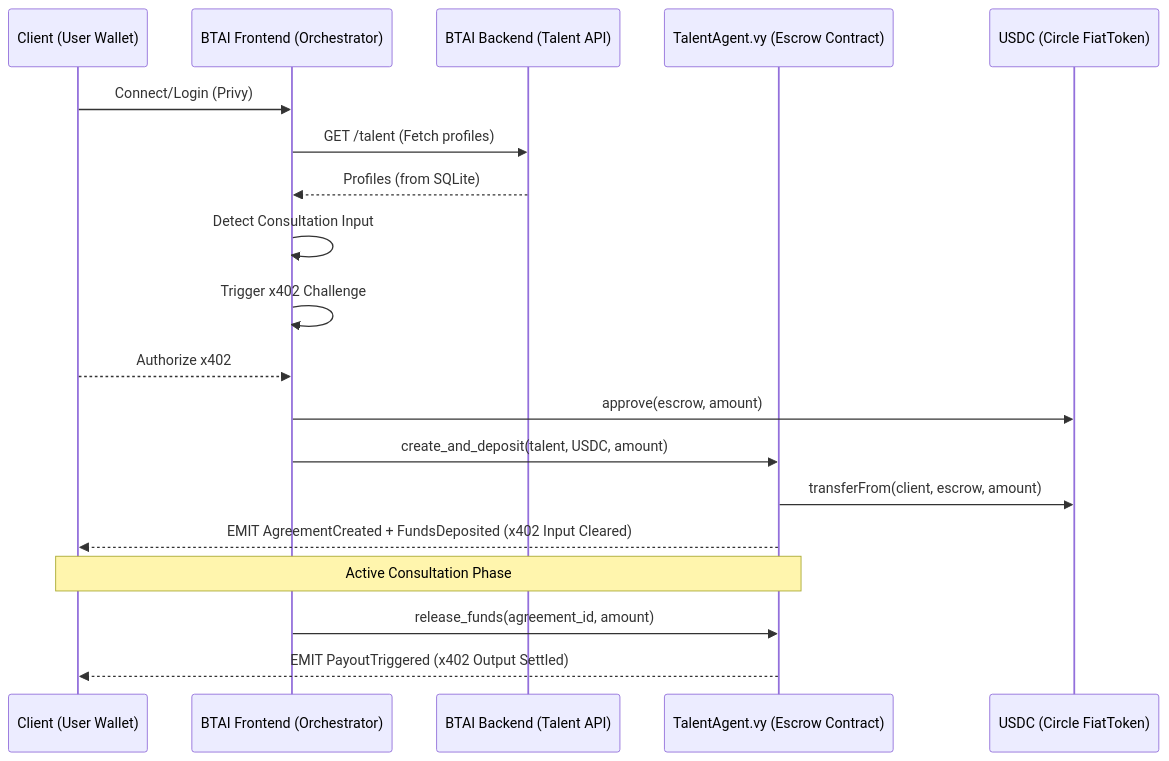
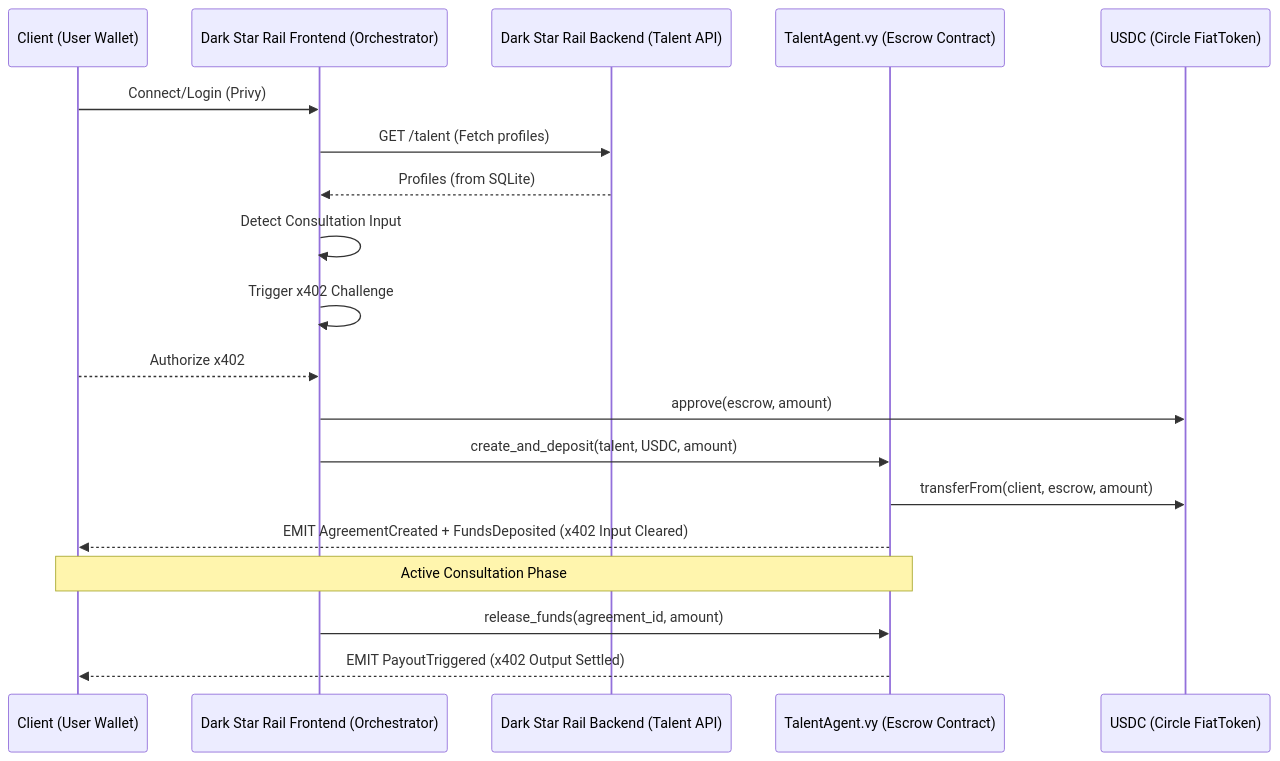
Before and after one commit to BOLTEVM/BTAI: the diagram in README.md, drawn with Mermaid. The commit also changed other lines of this file and 17 other files, not shown here.

First line of the commit message:
rebrand: Dark Star Rail — a DarkCircle Suite app

````diff
--- a/README.md
+++ b/README.md
@@ -31,26 +31,26 @@
 ```mermaid
 sequenceDiagram
     participant Client as Client (User Wallet)
-    participant Frontend as BTAI Frontend (Orchestrator)
-    participant Backend as BTAI Backend (Talent API)
+    participant Frontend as Dark Star Rail Frontend (Orchestrator)
+    participant Backend as Dark Star Rail Backend (Talent API)
     participant Contract as TalentAgent.vy (Escrow Contract)
     participant USDC as USDC (Circle FiatToken)
 
     Client->>Frontend: Connect/Login (Privy)
     Frontend->>Backend: GET /talent (Fetch profiles)
     Backend-->>Frontend: Profiles (from SQLite)
     
     Frontend->>Frontend: Detect Consultation Input
     Frontend->>Frontend: Trigger x402 Challenge
     
     Client-->>Frontend: Authorize x402
     Frontend->>USDC: approve(escrow, amount)
     Frontend->>Contract: create_and_deposit(talent, USDC, amount)
     Contract->>USDC: transferFrom(client, escrow, amount)
     Contract-->>Client: EMIT AgreementCreated + FundsDeposited (x402 Input Cleared)
     
     Note over Client,Contract: Active Consultation Phase
     
     Frontend->>Contract: release_funds(agreement_id, amount)
     Contract-->>Client: EMIT PayoutTriggered (x402 Output Settled)
 ```
````
